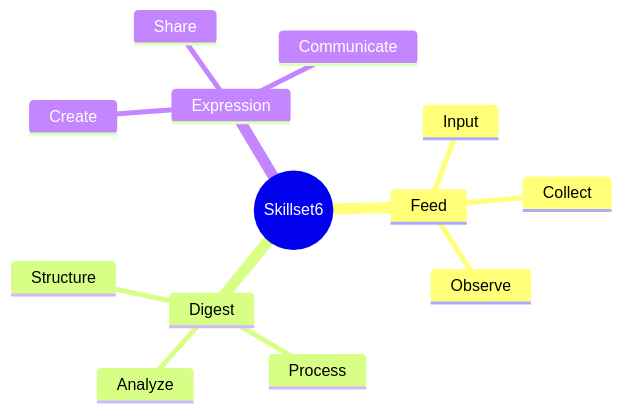
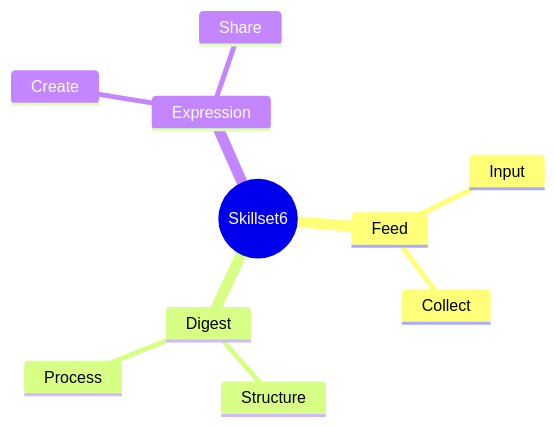
Before and after one commit to dtslib1979/eae.kr: the diagram in src/content/eae-blueprint/gold-template.mdx, drawn with Mermaid. The commit also changed other lines of this file and 1 other file, not shown here.

````diff
--- a/src/content/eae-blueprint/gold-template.mdx
+++ b/src/content/eae-blueprint/gold-template.mdx
@@ -64,16 +52,13 @@
 ```mermaid
 mindmap
   root((Skillset6))
     Feed
       Input
       Collect
-      Observe
     Digest
       Structure
       Process
-      Analyze
     Expression
       Create
       Share
-      Communicate
 ```
````
